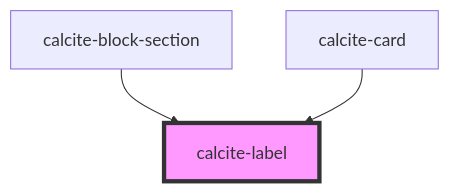
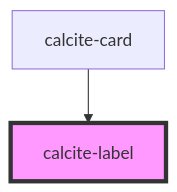
Before and after one commit to Esri/calcite-design-system: the diagram in packages/calcite-components/src/components/label/readme.md, drawn with Mermaid. The commit also changed other lines of this file and 9 other files, not shown here.

````diff
--- a/packages/calcite-components/src/components/label/readme.md
+++ b/packages/calcite-components/src/components/label/readme.md
@@ -65,6 +64,5 @@
 ```mermaid
 graph TD;
-  calcite-block-section --> calcite-label
   calcite-card --> calcite-label
   style calcite-label fill:#f9f,stroke:#333,stroke-width:4px
 ```
````
